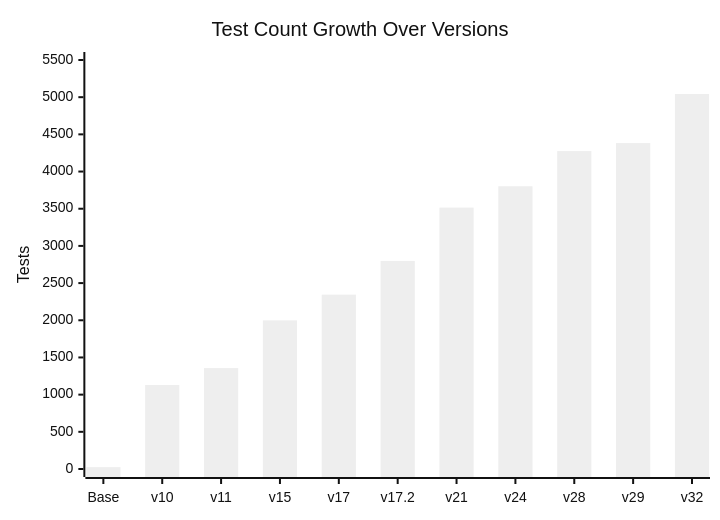
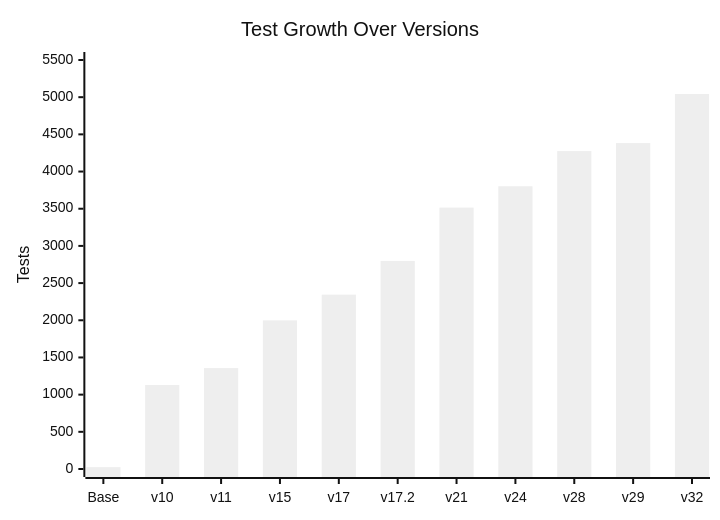
One commit to pranems/SCIMServer changed the seventh of 8 diagrams in docs/CASE_STUDY_AI_ASSISTED_DEVELOPMENT.md. Above: the diagram before and after it, drawn with Mermaid (neutral theme). The commit also changed other lines of this file, not shown here.

````diff
--- a/docs/CASE_STUDY_AI_ASSISTED_DEVELOPMENT.md
+++ b/docs/CASE_STUDY_AI_ASSISTED_DEVELOPMENT.md
@@ -836,7 +475,7 @@
 ```mermaid
 xychart-beta
-    title "Test Count Growth Over Versions"
-    x-axis ["Base", "v10", "v11", "v15", "v17", "v17.2", "v21", "v24", "v28", "v29", "v32"]
+    title "Test Growth Over Versions"
+    x-axis ["Base","v10","v11","v15","v17","v17.2","v21","v24","v28","v29","v32"]
     y-axis "Tests" 0 --> 5500
-    bar [25, 1130, 1357, 1999, 2345, 2798, 3515, 3802, 4275, 4383, 5043]
+    bar [25,1130,1357,1999,2345,2798,3515,3802,4275,4383,5043]
 ```
````
